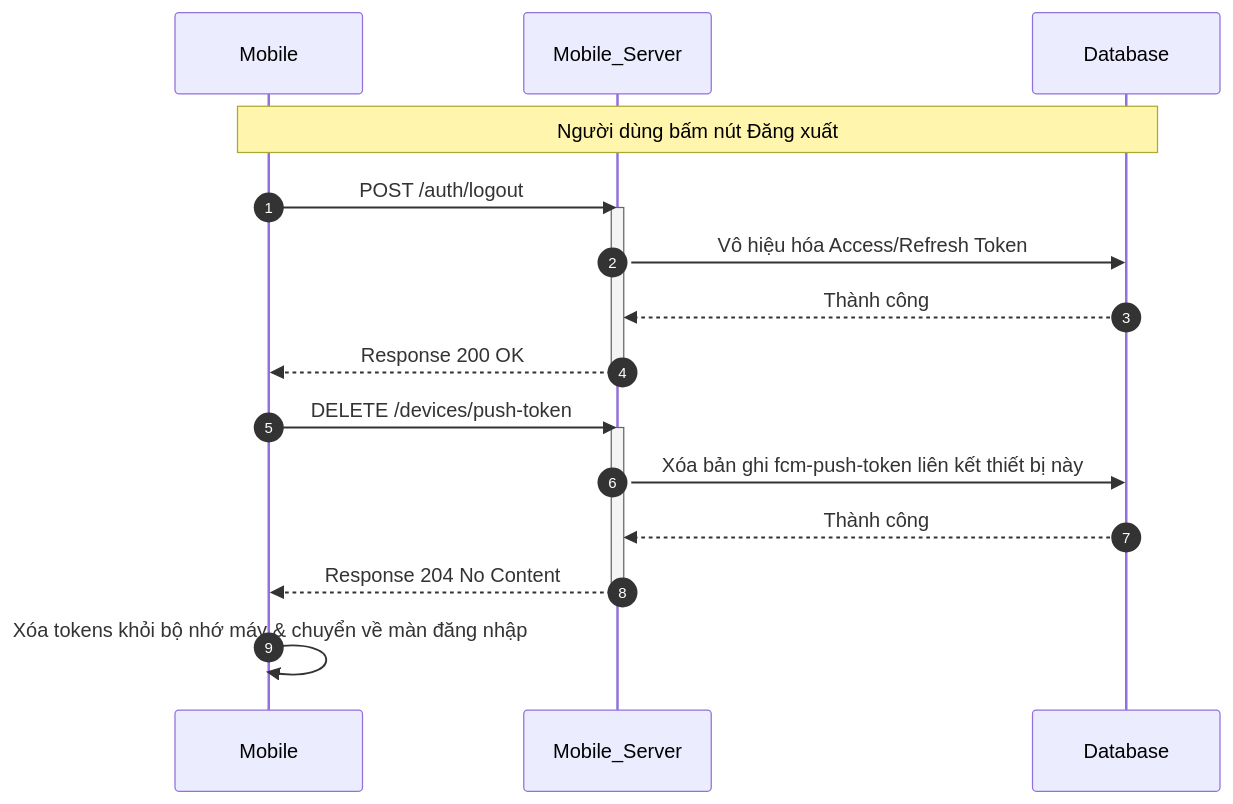
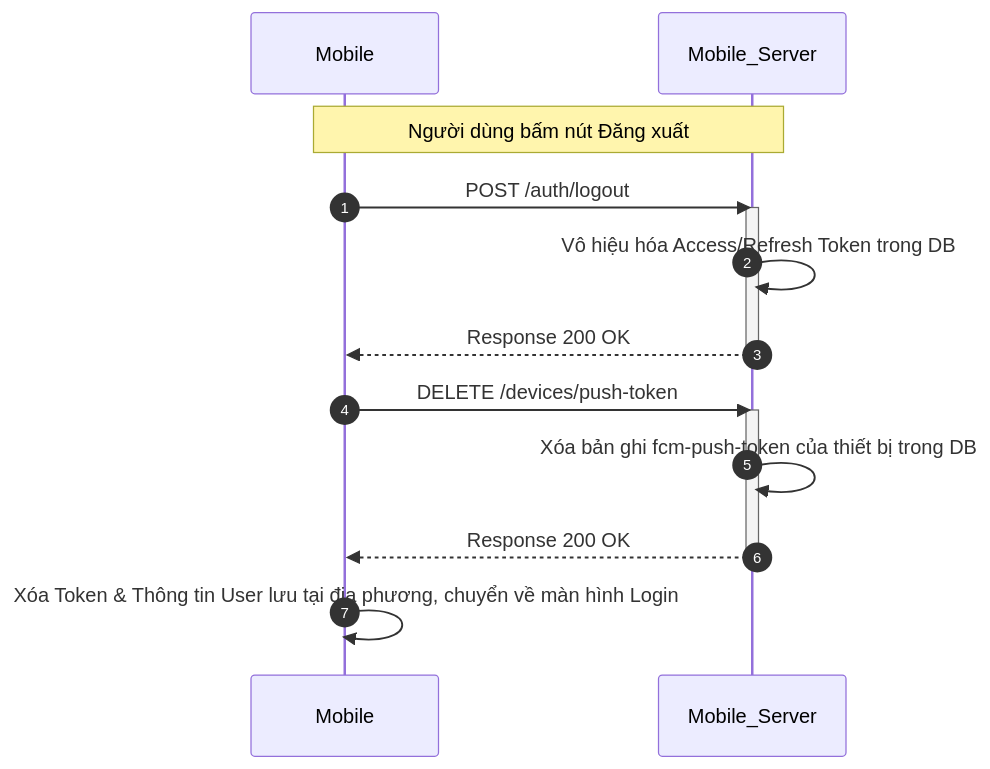
Before and after one commit to trungnguyenthien/Wildlife-Warning-and-Deterrence-System: the tenth of 18 diagrams in docs/04-sequence-diagram.md, drawn with Mermaid. The commit also changed other lines of this file, not shown here.

Commit message:
docs: update sequence diagram to reflect latest system flow refinements

````diff
--- a/docs/04-sequence-diagram.md
+++ b/docs/04-sequence-diagram.md
@@ -420,24 +399,21 @@
 ```mermaid
 sequenceDiagram
     autonumber
     participant Mobile as Mobile
     participant Mobile_Server as Mobile_Server
-    participant Database as Database
 
-    Note over Mobile, Database: Người dùng bấm nút Đăng xuất
+    Note over Mobile, Mobile_Server: Người dùng bấm nút Đăng xuất
     Mobile->>Mobile_Server: POST /auth/logout
     activate Mobile_Server
-    Mobile_Server->>Database: Vô hiệu hóa Access/Refresh Token
-    Database-->>Mobile_Server: Thành công
+    Mobile_Server->>Mobile_Server: Vô hiệu hóa Access/Refresh Token trong DB
     Mobile_Server-->>Mobile: Response 200 OK
     deactivate Mobile_Server
 
     Mobile->>Mobile_Server: DELETE /devices/push-token
     activate Mobile_Server
-    Mobile_Server->>Database: Xóa bản ghi fcm-push-token liên kết thiết bị này
-    Database-->>Mobile_Server: Thành công
-    Mobile_Server-->>Mobile: Response 204 No Content
+    Mobile_Server->>Mobile_Server: Xóa bản ghi fcm-push-token của thiết bị trong DB
+    Mobile_Server-->>Mobile: Response 200 OK
     deactivate Mobile_Server
 
-    Mobile->>Mobile: Xóa tokens khỏi bộ nhớ máy & chuyển về màn đăng nhập
+    Mobile->>Mobile: Xóa Token & Thông tin User lưu tại địa phương, chuyển về màn hình Login
 ```
````
